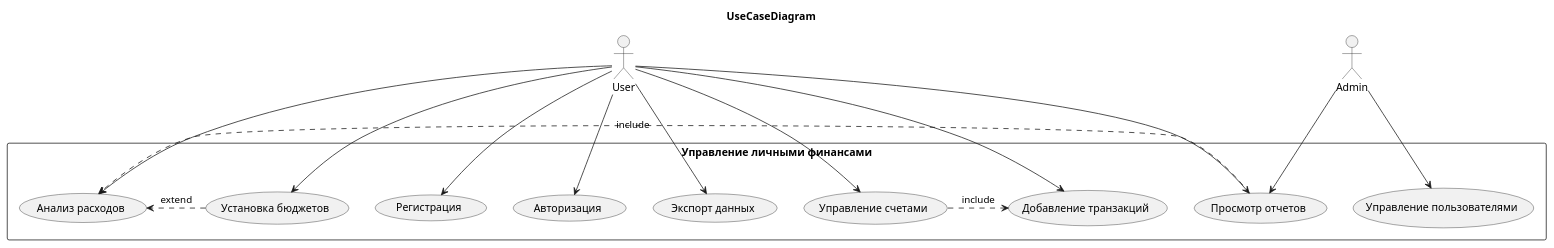
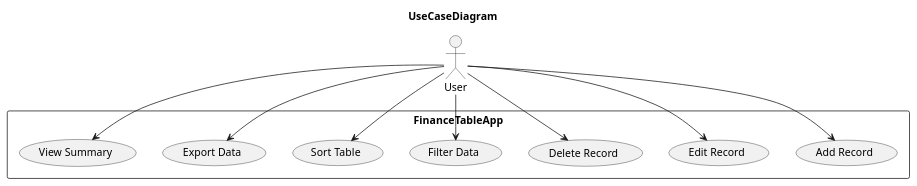
One commit to lain1r/332-21-fofanov changed the diagram in мдк 04 02 проект 10/UseCaseDiagram.puml. Above: the diagram before and after it, drawn with PlantUML. The commit also changed 6 other files, not shown here.

```diff
--- a/мдк 04 02 проект 10/UseCaseDiagram.puml
+++ b/мдк 04 02 проект 10/UseCaseDiagram.puml
@@ -1,34 +1,23 @@
 @startuml
 title UseCaseDiagram
 
 actor User
-actor Admin
 
-rectangle "Управление личными финансами" {
-  usecase "Регистрация" as UC1
-  usecase "Авторизация" as UC2
-  usecase "Управление счетами" as UC3
-  usecase "Добавление транзакций" as UC4
-  usecase "Просмотр отчетов" as UC5
-  usecase "Установка бюджетов" as UC6
-  usecase "Анализ расходов" as UC7
-  usecase "Экспорт данных" as UC8
-  usecase "Управление пользователями" as UC9
+rectangle FinanceTableApp {
+  usecase "Add Record" as UC1
+  usecase "Edit Record" as UC2
+  usecase "Delete Record" as UC3
+  usecase "Filter Data" as UC4
+  usecase "Sort Table" as UC5
+  usecase "Export Data" as UC6
+  usecase "View Summary" as UC7
 }
 
 User --> UC1
 User --> UC2
 User --> UC3
 User --> UC4
 User --> UC5
 User --> UC6
 User --> UC7
-User --> UC8
-
-Admin --> UC9
-Admin --> UC5
-
-UC3 .> UC4 : include
-UC5 .> UC7 : include
-UC6 .> UC7 : extend
 @enduml
```
